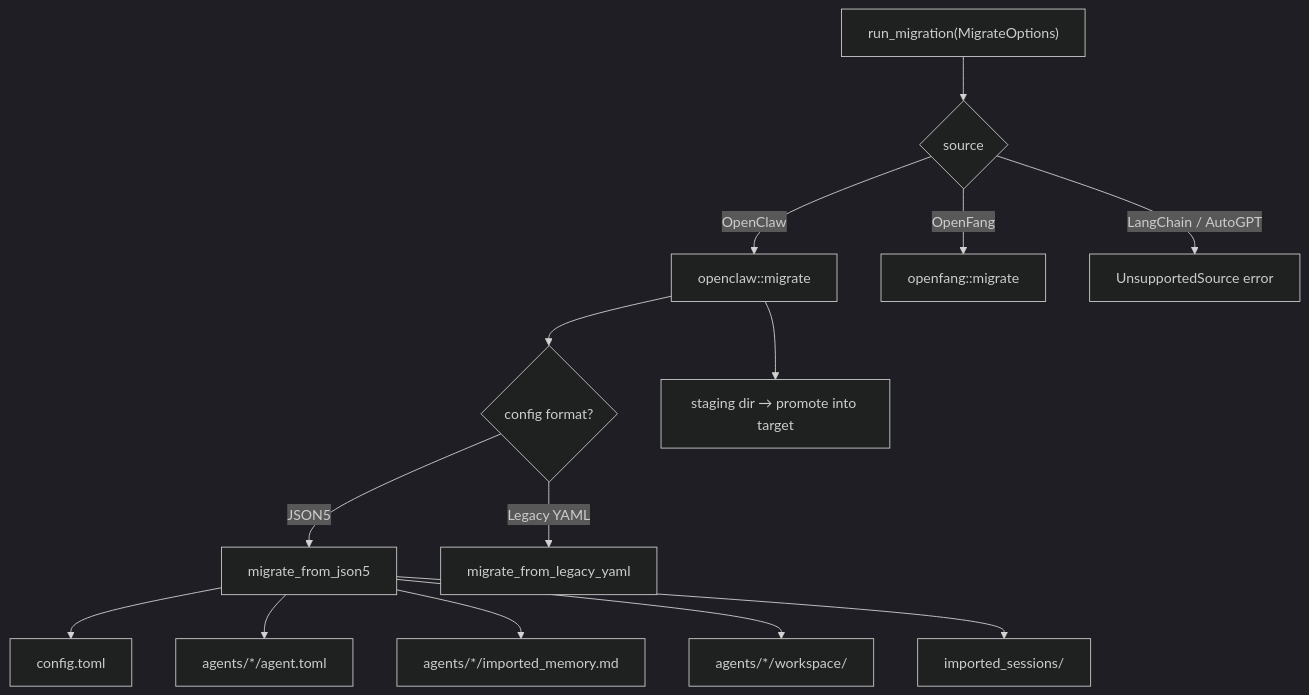
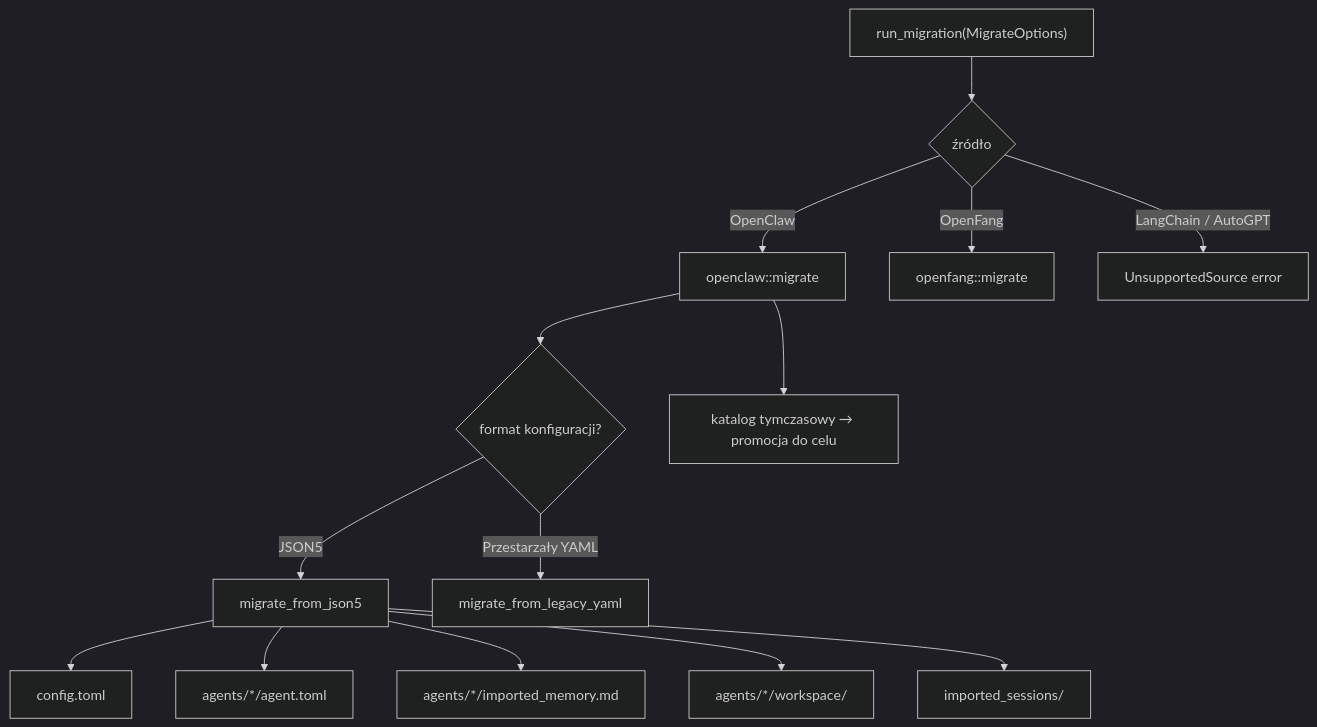
The diagram in crates-librefang-import.md (leszek3737/librefang-WIki), drawn with Mermaid (dark theme) before and after one commit. The commit also changed other lines of this file and 104 other files, not shown here.

````diff
--- a/crates-librefang-import.md
+++ b/crates-librefang-import.md
@@ -9,16 +9,16 @@
 ```mermaid
 flowchart TD
-    A["run_migration(MigrateOptions)"] --> B{source}
+    A["run_migration(MigrateOptions)"] --> B{źródło}
     B -->|OpenClaw| C["openclaw::migrate"]
     B -->|OpenFang| D["openfang::migrate"]
     B -->|LangChain / AutoGPT| E["UnsupportedSource error"]
-    C --> F{config format?}
+    C --> F{format konfiguracji?}
     F -->|JSON5| G["migrate_from_json5"]
-    F -->|Legacy YAML| H["migrate_from_legacy_yaml"]
+    F -->|Przestarzały YAML| H["migrate_from_legacy_yaml"]
     G --> I["config.toml"]
     G --> J["agents/*/agent.toml"]
     G --> K["agents/*/imported_memory.md"]
     G --> L["agents/*/workspace/"]
     G --> M["imported_sessions/"]
-    C --> N["staging dir → promote into target"]
+    C --> N["katalog tymczasowy → promocja do celu"]
 ```
````
